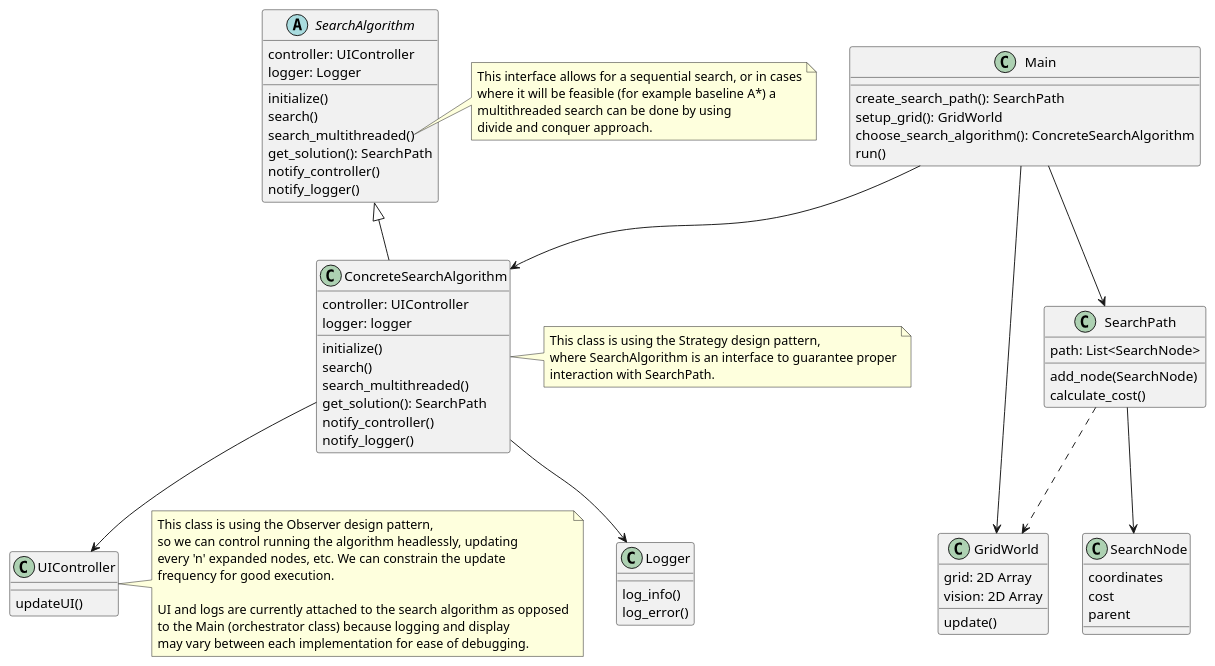
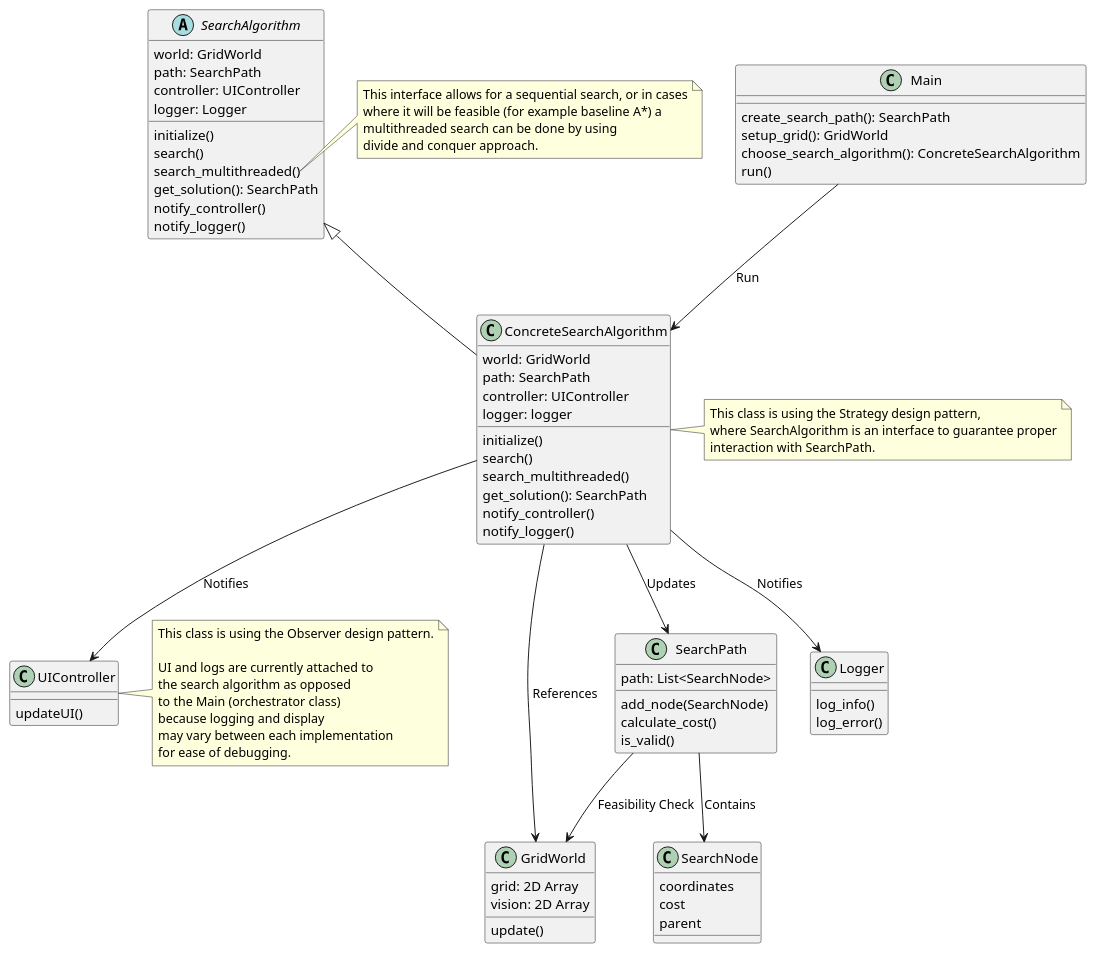
Before and after one commit to gramos93/aco-boosted-variants: the diagram in docs/class_diagram.puml, drawn with PlantUML.

```diff
--- a/docs/class_diagram.puml
+++ b/docs/class_diagram.puml
@@ -1,92 +1,97 @@
 @startuml
 
 class Main {
   create_search_path(): SearchPath
   setup_grid(): GridWorld
   choose_search_algorithm(): ConcreteSearchAlgorithm
   run()
 }
 
 class GridWorld {
   grid: 2D Array
   vision: 2D Array
   update()
 }
 
 class SearchPath {
   path: List<SearchNode>
   add_node(SearchNode)
   calculate_cost()
+  is_valid()
 }
 
 class SearchNode {
   coordinates
   cost
   parent
 }
 
 class Logger {
   log_info()
   log_error()
 }
 
 class UIController {
   updateUI()
 }
 
 abstract class SearchAlgorithm {
+  world: GridWorld
+  path: SearchPath
   controller: UIController
   logger: Logger
   initialize()
   search()
   search_multithreaded()
   get_solution(): SearchPath
   notify_controller()
   notify_logger()
 }
 
 class ConcreteSearchAlgorithm {
+  world: GridWorld
+  path: SearchPath
   controller: UIController
   logger: logger
   initialize()
   search()
   search_multithreaded()
   get_solution(): SearchPath
   notify_controller()
   notify_logger()
 }
 
-Main --> GridWorld
-Main --> ConcreteSearchAlgorithm
-Main  --> SearchPath
-SearchPath -[dashed]-> GridWorld
+Main --> ConcreteSearchAlgorithm : Run
 SearchAlgorithm <|-- ConcreteSearchAlgorithm
-ConcreteSearchAlgorithm --> UIController
-ConcreteSearchAlgorithm --> Logger
-SearchPath --> SearchNode
+ConcreteSearchAlgorithm --> GridWorld : References
+ConcreteSearchAlgorithm --> SearchPath : Updates
+ConcreteSearchAlgorithm --> UIController : Notifies
+ConcreteSearchAlgorithm --> Logger : Notifies
+SearchPath --> SearchNode : Contains
+SearchPath --> GridWorld : Feasibility Check
 
 note right of ConcreteSearchAlgorithm
   This class is using the Strategy design pattern, 
   where SearchAlgorithm is an interface to guarantee proper
   interaction with SearchPath.
 end note
 
 note right of UIController
-  This class is using the Observer design pattern, 
-  so we can control running the algorithm headlessly, updating
-  every 'n' expanded nodes, etc. We can constrain the update
-  frequency for good execution.
+  This class is using the Observer design pattern.
   
-  UI and logs are currently attached to the search algorithm as opposed
-  to the Main (orchestrator class) because logging and display
-  may vary between each implementation for ease of debugging.
+  UI and logs are currently attached to 
+  the search algorithm as opposed
+  to the Main (orchestrator class) 
+  because logging and display
+  may vary between each implementation 
+  for ease of debugging.
 end note
 
 note right of SearchAlgorithm::search_multithreaded
   This interface allows for a sequential search, or in cases
   where it will be feasible (for example baseline A*) a
   multithreaded search can be done by using
   divide and conquer approach.
 end note
 
 @enduml
```
